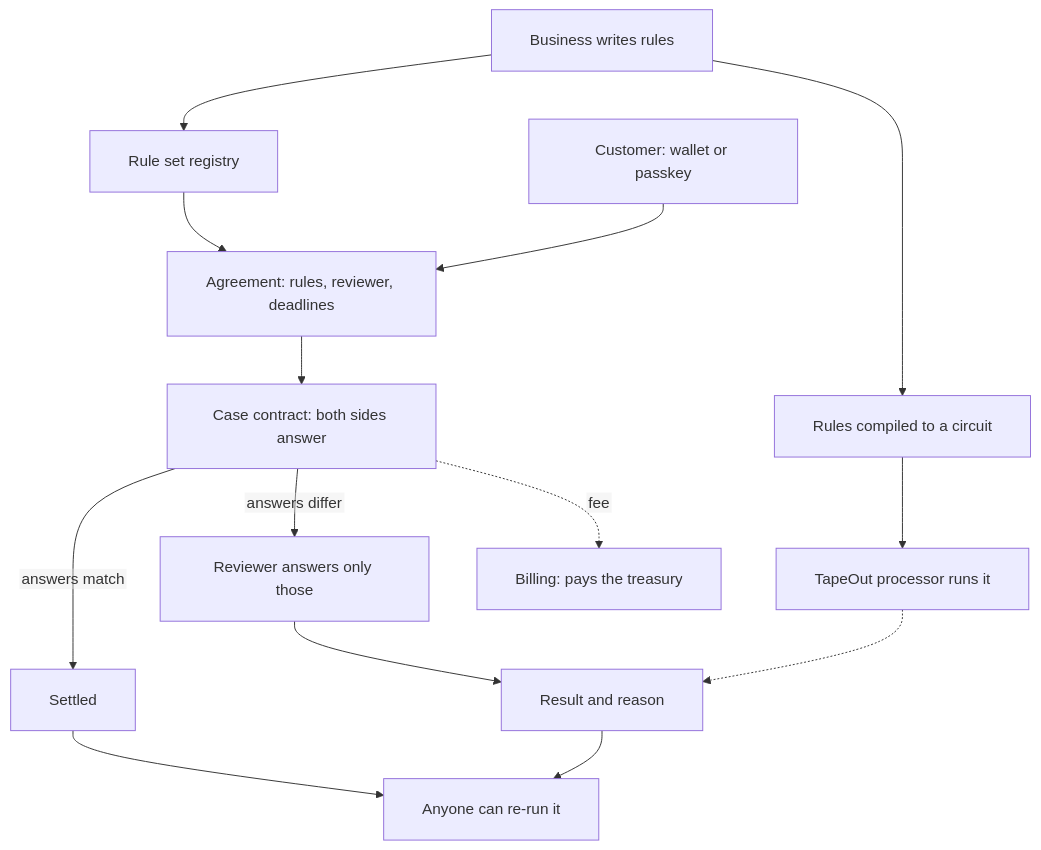
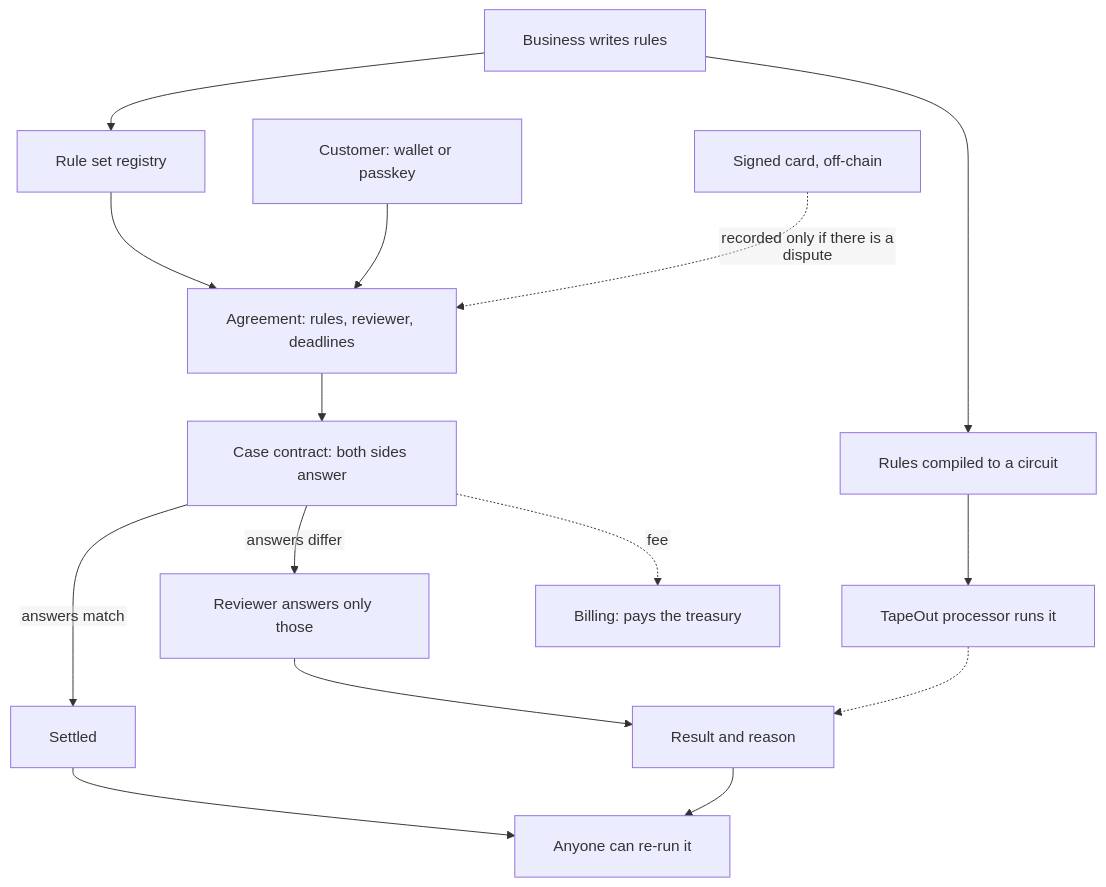
One commit to samuel025/Lgtie changed the diagram in README.md. Above: the diagram before and after it, drawn with Mermaid. The commit also changed other lines of this file and 1 other file, not shown here.

````diff
--- a/README.md
+++ b/README.md
@@ -54,17 +54,18 @@
 ```mermaid
 %%{init: {"flowchart": {"htmlLabels": false, "padding": 20}, "themeVariables": {"fontFamily": "Arial, Helvetica, sans-serif"}}}%%
 flowchart TD
     B["Business writes rules"] --> C["Rules compiled to a circuit"]
     C --> P["TapeOut processor runs it"]
     B --> RR["Rule set registry"]
     RR --> AR["Agreement: rules, reviewer, deadlines"]
     CU["Customer: wallet or passkey"] --> AR
     AR --> CASE["Case contract: both sides answer"]
     CASE -->|answers match| S["Settled"]
     CASE -->|answers differ| R["Reviewer answers only those"]
     R --> RES["Result and reason"]
     P -.-> RES
     S --> V["Anyone can re-run it"]
     RES --> V
+    CARD["Signed card, off-chain"] -.->|recorded only if there is a dispute| AR
     CASE -.->|fee| BILL["Billing: pays the treasury"]
 ```
````
